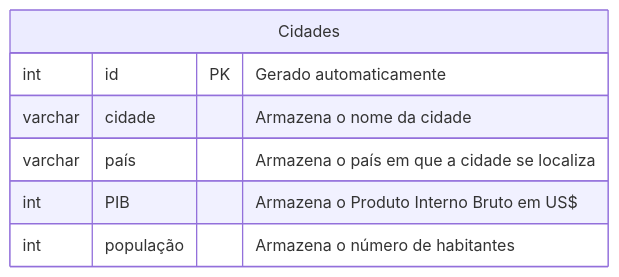
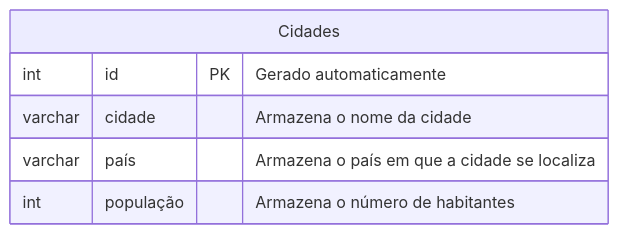
Before and after one commit to anavitoriauribe/BANCO-DE-DADOS: the diagram in AULA04/primeiroBancoDeDados.md, drawn with Mermaid. The commit also changed other lines of this file, not shown here.

````diff
--- a/AULA04/primeiroBancoDeDados.md
+++ b/AULA04/primeiroBancoDeDados.md
@@ -6,10 +6,9 @@
 ```mermaid
 erDiagram
 Cidades{
     int id PK "Gerado automaticamente"
     varchar cidade "Armazena o nome da cidade"
     varchar país "Armazena o país em que a cidade se localiza"
-    int PIB "Armazena o Produto Interno Bruto em US$"
     int população "Armazena o número de habitantes"
 }
 ```
````
